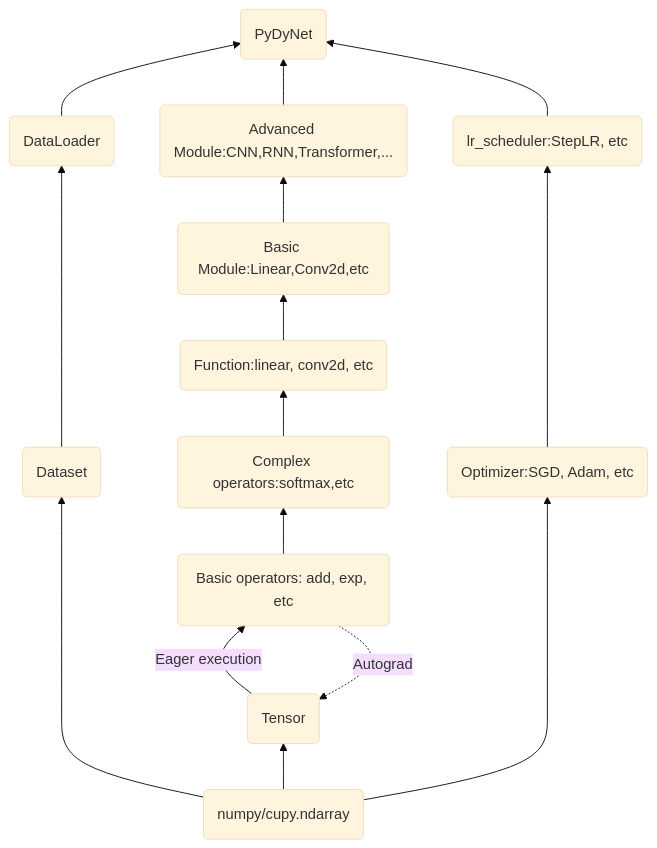
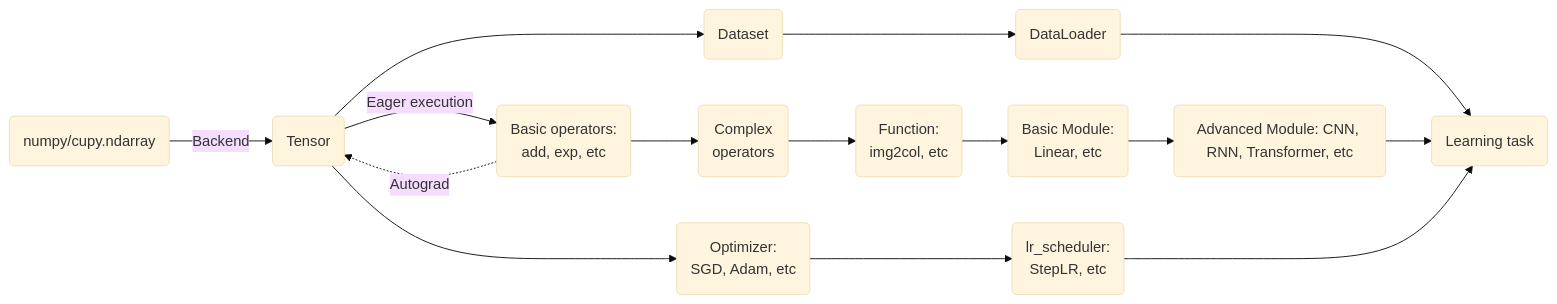
The diagram in README.md (WeltXing/PyDyNet), drawn with Mermaid (base theme) before and after one commit. The commit also changed other lines of this file, not shown here.

````diff
--- a/README.md
+++ b/README.md
@@ -30,12 +30,13 @@
 ```mermaid
-graph BT
-   N(numpy/cupy.ndarray) ----> ds(Dataset) ----> Data(DataLoader)--> Mission
-   N --> A(Tensor) --Eager execution--> B(Basic operators: add, exp, etc)
+graph LR
+   N(numpy/cupy.ndarray)--Backend--> A(Tensor) --> ds(Dataset) ---> Data(DataLoader)---> Mission
+   A  --Eager execution--> B(Basic operators:<br> add, exp, etc)
    B -.Autograd-.-> A
-   B --> CO(Complex operators:softmax,etc)
-   --> f(Function:linear, conv2d, etc) 
-   --> M(Basic Module:Linear,Conv2d,etc)
-   --> CM(Advanced Module:CNN,RNN,Transformer,...)
-   --> Mission(PyDyNet)
-   N --> GD(Optimizer:SGD, Adam, etc) ----> LS(lr_scheduler:StepLR, etc)--> Mission
+
+   B --> CO(Complex<br>operators)
+   --> f(Function:<br>img2col, etc) 
+   --> M(Basic Module:<br>Linear, etc)
+   --> CM(Advanced Module: CNN, RNN, Transformer, etc)
+   --> Mission(Learning task)
+   A --> GD(Optimizer:<br> SGD, Adam, etc) ---> LS(lr_scheduler: <br>StepLR, etc)---> Mission
 ```
````
